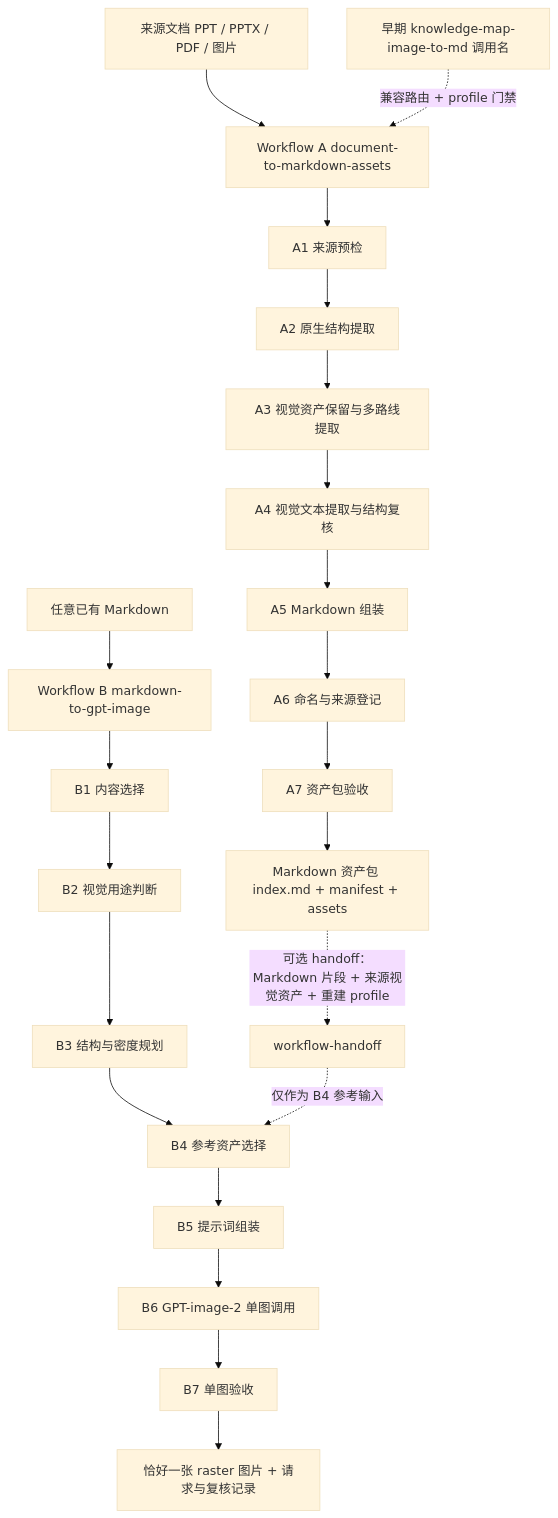
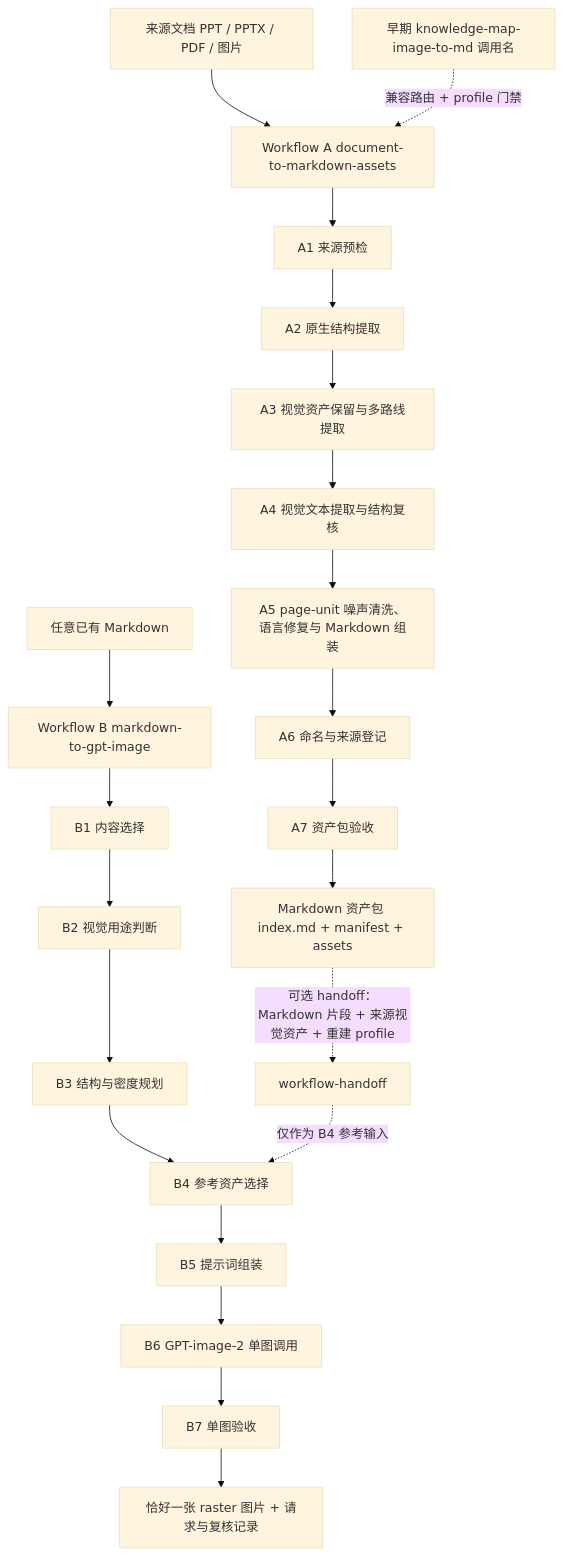
Before and after one commit to shopable-ai/document-to-markdown-workflow: the third of 4 diagrams in WORKFLOW-MAP.zh.md, drawn with Mermaid (base theme). The commit also changed other lines of this file and 157 other files, not shown here.

````diff
--- a/WORKFLOW-MAP.zh.md
+++ b/WORKFLOW-MAP.zh.md
@@ -129,26 +137,26 @@
 ```mermaid
 flowchart TD
     S["来源文档 PPT / PPTX / PDF / 图片"] --> A0["Workflow A document-to-markdown-assets"]
     K["早期 knowledge-map-image-to-md 调用名"] -. "兼容路由 + profile 门禁" .-> A0
     A0 --> A1["A1 来源预检"]
     A1 --> A2["A2 原生结构提取"]
     A2 --> A3["A3 视觉资产保留与多路线提取"]
     A3 --> A4["A4 视觉文本提取与结构复核"]
-    A4 --> A5["A5 Markdown 组装"]
+    A4 --> A5["A5 page-unit 噪声清洗、语言修复与 Markdown 组装"]
     A5 --> A6["A6 命名与来源登记"]
     A6 --> A7["A7 资产包验收"]
     A7 --> P["Markdown 资产包 index.md + manifest + assets"]
 
     M["任意已有 Markdown"] --> B0["Workflow B markdown-to-gpt-image"]
     B0 --> B1["B1 内容选择"]
     B1 --> B2["B2 视觉用途判断"]
     B2 --> B3["B3 结构与密度规划"]
     B3 --> B4["B4 参考资产选择"]
     B4 --> B5["B5 提示词组装"]
     B5 --> B6["B6 GPT-image-2 单图调用"]
     B6 --> B7["B7 单图验收"]
     B7 --> I["恰好一张 raster 图片 + 请求与复核记录"]
 
     P -. "可选 handoff：Markdown 片段 + 来源视觉资产 + 重建 profile" .-> H["workflow-handoff"]
     H -. "仅作为 B4 参考输入" .-> B4
 ```
````
